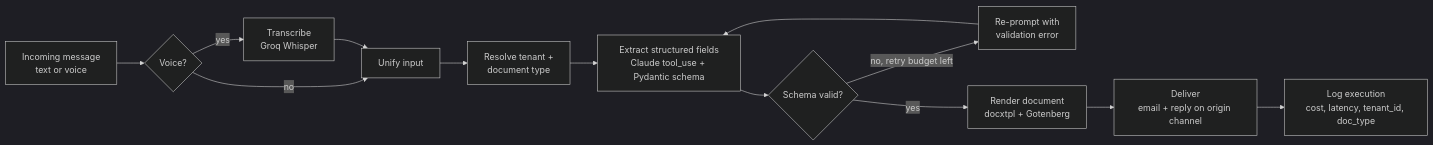
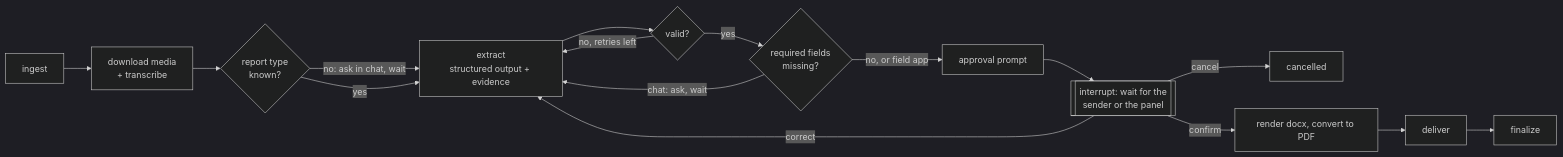
Before and after one commit to avaazquezz/ReportAI: the second of 2 diagrams in PROJECT_ROADMAP.md, drawn with Mermaid (dark theme). The commit also changed other lines of this file, not shown here.

Commit message:
docs: bring the roadmap up to date with what is built and the road to v1.0.0

````diff
--- a/PROJECT_ROADMAP.md
+++ b/PROJECT_ROADMAP.md
@@ -38,15 +52,18 @@
 ```mermaid
 flowchart LR
-    A[Incoming message<br/>text or voice] --> B{Voice?}
-    B -->|yes| C[Transcribe<br/>Groq Whisper]
-    B -->|no| D[Unify input]
-    C --> D
-    D --> E[Resolve tenant +<br/>document type]
-    E --> F[Extract structured fields<br/>Claude tool_use + Pydantic schema]
-    F --> G{Schema valid?}
-    G -->|no, retry budget left| H[Re-prompt with<br/>validation error]
-    H --> F
-    G -->|yes| I[Render document<br/>docxtpl + Gotenberg]
-    I --> J[Deliver<br/>email + reply on origin channel]
-    J --> K[Log execution<br/>cost, latency, tenant_id, doc_type]
+    A[ingest] --> B[download media<br/>+ transcribe]
+    B --> C{report type<br/>known?}
+    C -->|no: ask in chat, wait| E
+    C -->|yes| E[extract<br/>structured output + evidence]
+    E --> V{valid?}
+    V -->|no, retries left| E
+    V -->|yes| M{required fields<br/>missing?}
+    M -->|chat: ask, wait| E
+    M -->|no, or field app| P[approval prompt]
+    P --> I[[interrupt: wait for the<br/>sender or the panel]]
+    I -->|correct| E
+    I -->|cancel| X[cancelled]
+    I -->|confirm| R[render docx, convert to PDF]
+    R --> D[deliver]
+    D --> F[finalize]
 ```
````
